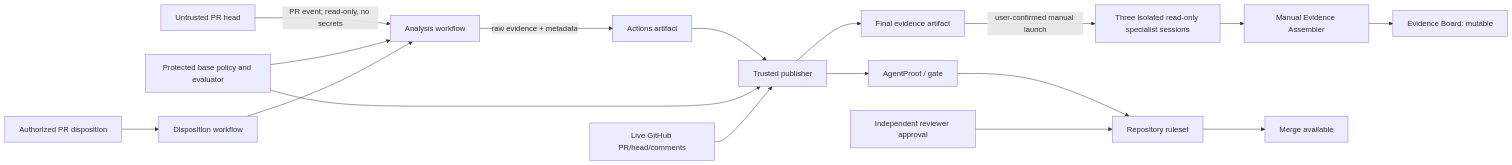
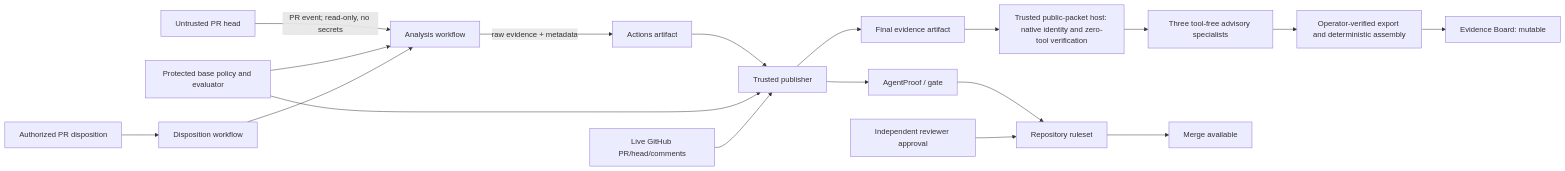
The diagram in docs/architecture.md (webmaxru/AgentProof), drawn with Mermaid before and after one commit. The commit also changed other lines of this file and 30 other files, not shown here.

First line of the commit message:
Add fail-closed tool-free public packet reviewers

````diff
--- a/docs/architecture.md
+++ b/docs/architecture.md
@@ -30,19 +30,20 @@
 ```mermaid
 flowchart LR
   PR[Untrusted PR head] -->|PR event; read-only, no secrets| A[Analysis workflow]
   BP[Protected base policy and evaluator] --> A
   A -->|raw evidence + metadata| AR[Actions artifact]
   AR --> P[Trusted publisher]
   BP --> P
   GH[Live GitHub PR/head/comments] --> P
   P --> C[AgentProof / gate]
   P --> F[Final evidence artifact]
   C --> R[Repository ruleset]
-  F -->|user-confirmed manual launch| S[Three isolated read-only specialist sessions]
-  S --> E[Manual Evidence Assembler]
+  F --> PH[Trusted public-packet host: native identity and zero-tool verification]
+  PH --> S[Three tool-free advisory specialists]
+  S --> E[Operator-verified export and deterministic assembly]
   E --> B[Evidence Board: mutable]
   H[Authorized PR disposition] --> D[Disposition workflow]
   D --> A
   I[Independent reviewer approval] --> R
   R --> M[Merge available]
 ```
````
